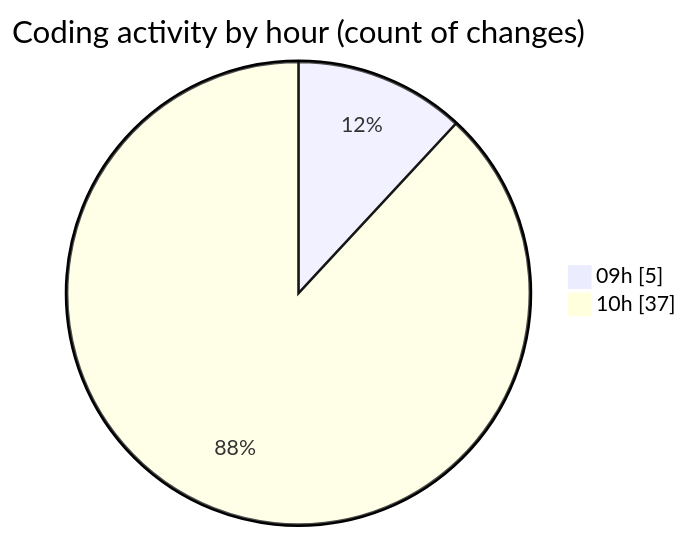
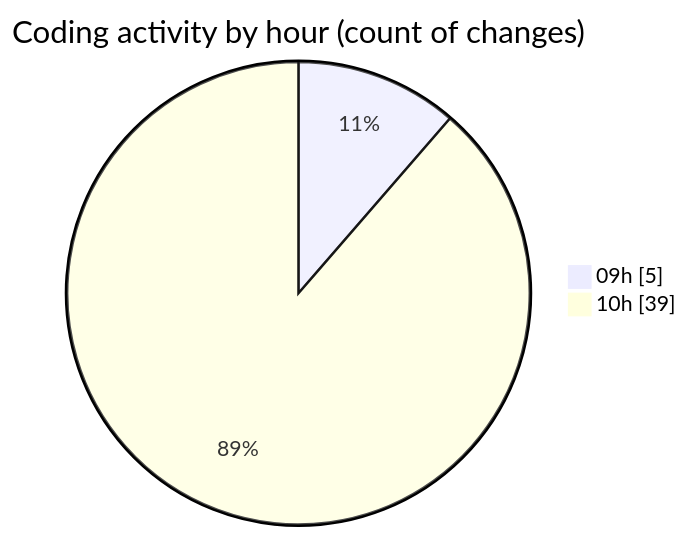
One commit to CELIANVF/code-tracking changed the second of 2 diagrams in 2025-06-02/ecodeli-1/README.md. Above: the diagram before and after it, drawn with Mermaid. The commit also changed other lines of this file and 1 other file, not shown here.

````diff
--- a/2025-06-02/ecodeli-1/README.md
+++ b/2025-06-02/ecodeli-1/README.md
@@ -60,6 +62,6 @@
 ```mermaid
 pie showData
 title Coding activity by hour (count of changes)
 "09h" : 5
-"10h" : 37
+"10h" : 39
 ```
````
